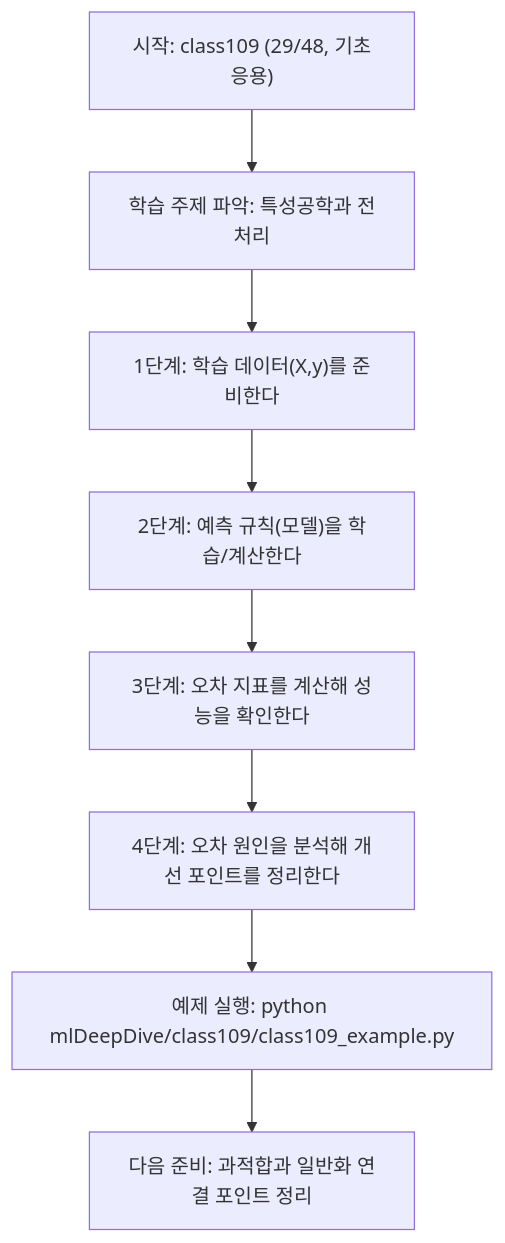
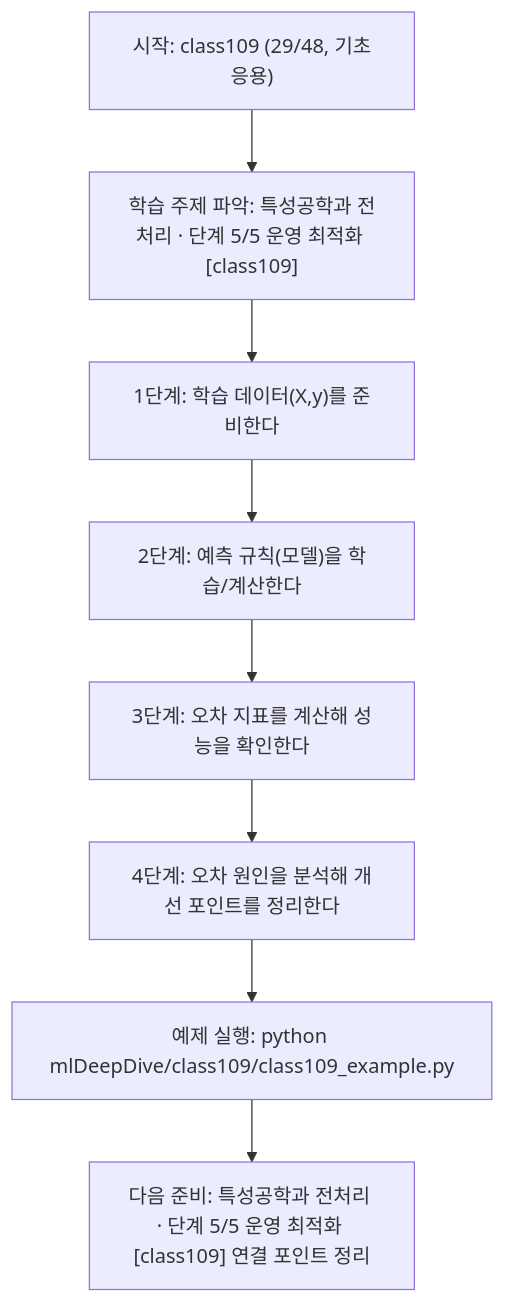
The diagram in mlDeepDive/class109/class109.md (edumgt/Python-AI_Agent-Class), drawn with Mermaid before and after one commit. The commit also changed other lines of this file and 522 other files, not shown here.

````diff
--- a/mlDeepDive/class109/class109.md
+++ b/mlDeepDive/class109/class109.md
@@ -108,18 +109,18 @@
 ```mermaid
 flowchart TD
 N1["시작: class109 (29/48, 기초응용)"]
-N2["학습 주제 파악: 특성공학과 전처리"]
+N2["학습 주제 파악: 특성공학과 전처리 · 단계 5/5 운영 최적화 [class109]"]
 N3["1단계: 학습 데이터(X,y)를 준비한다"]
 N4["2단계: 예측 규칙(모델)을 학습/계산한다"]
 N5["3단계: 오차 지표를 계산해 성능을 확인한다"]
 N6["4단계: 오차 원인을 분석해 개선 포인트를 정리한다"]
 N7["예제 실행: python mlDeepDive/class109/class109_example.py"]
-N8["다음 준비: 과적합과 일반화 연결 포인트 정리"]
+N8["다음 준비: 특성공학과 전처리 · 단계 5/5 운영 최적화 [class109] 연결 포인트 정리"]
 N1 --> N2
 N2 --> N3
 N3 --> N4
 N4 --> N5
 N5 --> N6
 N6 --> N7
 N7 --> N8
 ```
````
